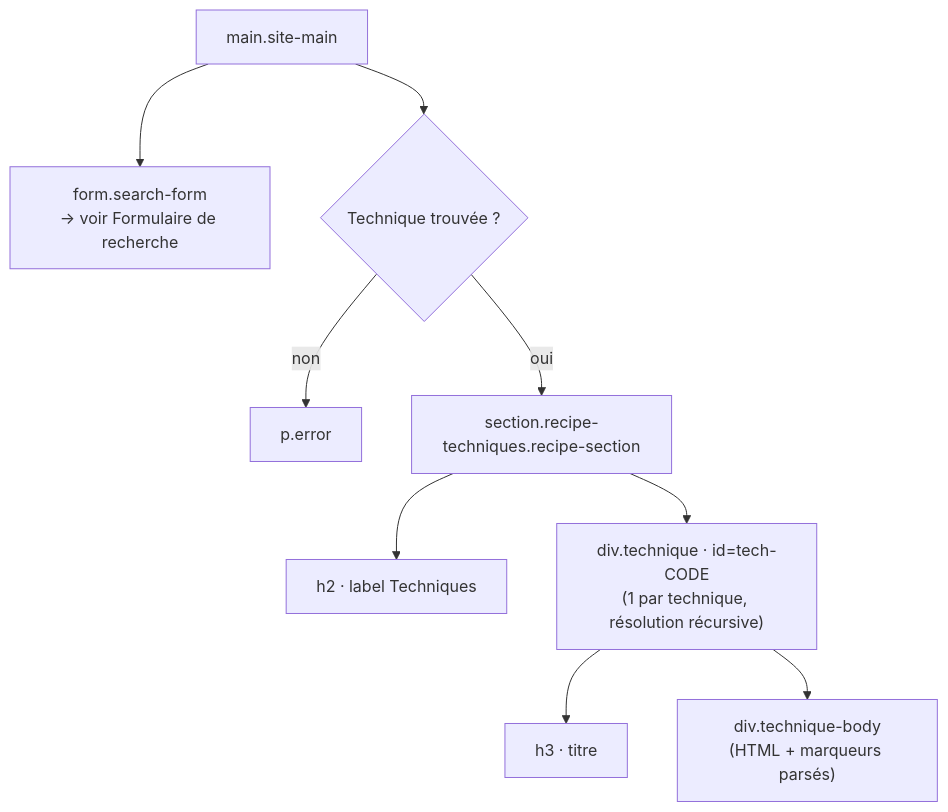
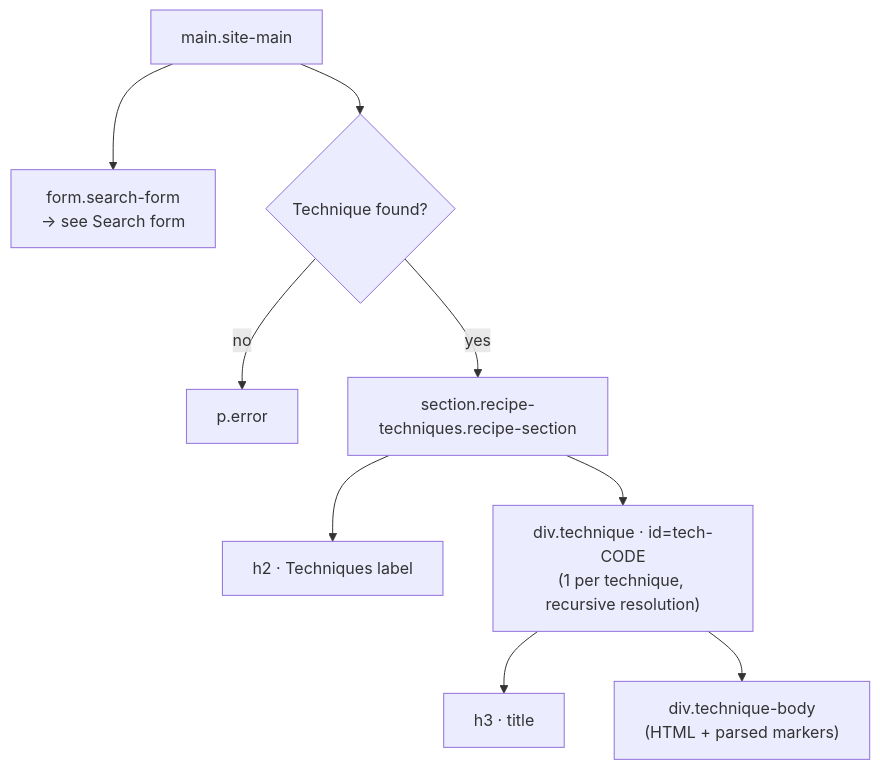
One commit to ppoilbarbe/PBRecipe changed the fourth of 5 diagrams in MAIN_DOM.md. Above: the diagram before and after it, drawn with Mermaid. The commit also changed other lines of this file and 8 other files, not shown here.

````diff
--- a/MAIN_DOM.md
+++ b/MAIN_DOM.md
@@ -93,16 +93,16 @@
 ```mermaid
 graph TD
     main["main.site-main"]
 
-    main --> form["form.search-form\n→ voir Formulaire de recherche"]
-    main --> found{"Technique trouvée ?"}
+    main --> form["form.search-form\n→ see Search form"]
+    main --> found{"Technique found?"}
 
-    found -- "non"  --> err["p.error"]
-    found -- "oui"  --> panel["section.recipe-techniques.recipe-section"]
+    found -- "no"  --> err["p.error"]
+    found -- "yes" --> panel["section.recipe-techniques.recipe-section"]
 
-    panel --> h2["h2 · label Techniques"]
-    panel --> tech["div.technique · id=tech-CODE\n(1 par technique, résolution récursive)"]
+    panel --> h2["h2 · Techniques label"]
+    panel --> tech["div.technique · id=tech-CODE\n(1 per technique, recursive resolution)"]
 
-    tech --> h3["h3 · titre"]
-    tech --> body["div.technique-body\n(HTML + marqueurs parsés)"]
+    tech --> h3["h3 · title"]
+    tech --> body["div.technique-body\n(HTML + parsed markers)"]
 ```
````
